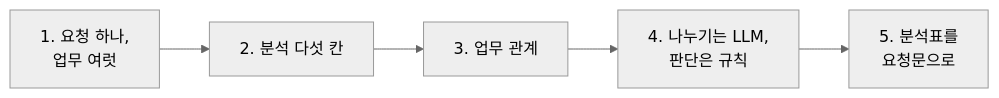
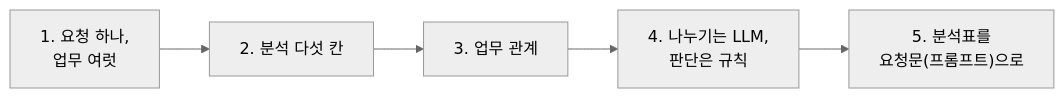
One commit to jbbdyee/ai-engineering-lab changed the first of 2 diagrams in Lecture/68/01-STAGE1-COMPOSITE-SCENARIO.md. Above: the diagram before and after it, drawn with Mermaid (neutral theme). The commit also changed other lines of this file and 197 other files, not shown here.

````diff
--- a/Lecture/68/01-STAGE1-COMPOSITE-SCENARIO.md
+++ b/Lecture/68/01-STAGE1-COMPOSITE-SCENARIO.md
@@ -7,4 +7,4 @@
 ```mermaid
 flowchart LR
-  A["1. 요청 하나,<br/>업무 여럿"] --> B["2. 분석 다섯 칸"] --> C["3. 업무 관계"] --> D["4. 나누기는 LLM,<br/>판단은 규칙"] --> E["5. 분석표를<br/>요청문으로"]
+  A["1. 요청 하나,<br/>업무 여럿"] --> B["2. 분석 다섯 칸"] --> C["3. 업무 관계"] --> D["4. 나누기는 LLM,<br/>판단은 규칙"] --> E["5. 분석표를<br/>요청문(프롬프트)으로"]
 ```
````
